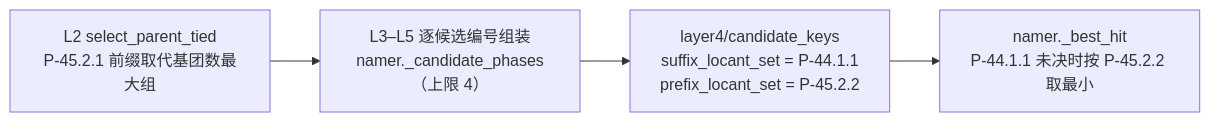
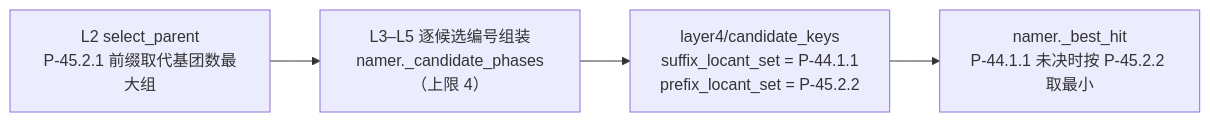
Before and after one commit to zouxiaofei1/OpenSMILES: the first of 4 diagrams in docs/wiki/architecture/layer2-parent-selector.md, drawn with Mermaid. The commit also changed other lines of this file and 18 other files, not shown here.

````diff
--- a/docs/wiki/architecture/layer2-parent-selector.md
+++ b/docs/wiki/architecture/layer2-parent-selector.md
@@ -40,6 +40,6 @@
 ```mermaid
 flowchart LR
-    A["L2 select_parent_tied<br/>P-45.2.1 前缀取代基团数最大组"] --> B["L3–L5 逐候选编号组装<br/>namer._candidate_phases（上限 4）"]
+    A["L2 select_parent<br/>P-45.2.1 前缀取代基团数最大组"] --> B["L3–L5 逐候选编号组装<br/>namer._candidate_phases（上限 4）"]
     B --> C["layer4/candidate_keys<br/>suffix_locant_set = P-44.1.1<br/>prefix_locant_set = P-45.2.2"]
     C --> D["namer._best_hit<br/>P-44.1.1 未决时按 P-45.2.2 取最小"]
 ```
````
